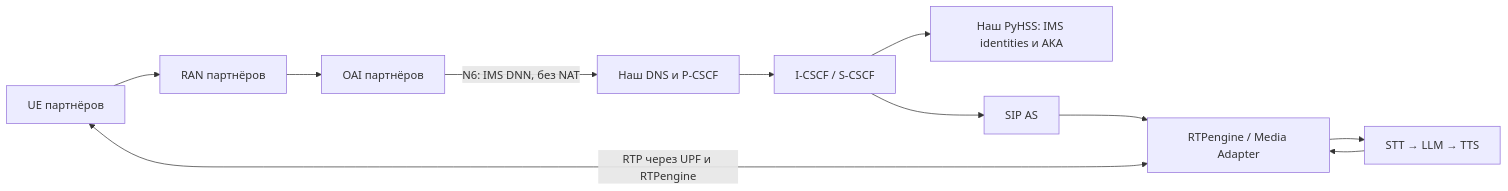
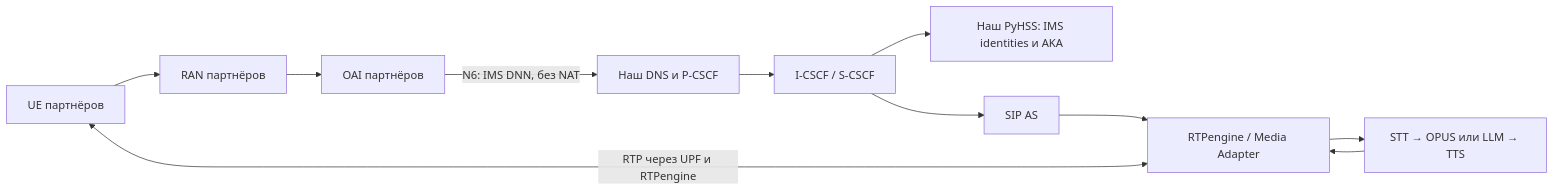
The diagram in docs/partner-integration.md (meonisk/5g-lab), drawn with Mermaid before and after one commit. The commit also changed other lines of this file and 35 other files, not shown here.

````diff
--- a/docs/partner-integration.md
+++ b/docs/partner-integration.md
@@ -18,13 +21,13 @@
 ```mermaid
 flowchart LR
   UE[UE партнёров] --> RAN[RAN партнёров]
   RAN --> CORE[OAI партнёров]
   CORE -->|N6: IMS DNN, без NAT| IMS[Наш DNS и P-CSCF]
   IMS --> CSCF[I-CSCF / S-CSCF]
   CSCF --> HSS[Наш PyHSS: IMS identities и AKA]
   CSCF --> AS[SIP AS]
   UE <-->|RTP через UPF и RTPengine| MEDIA[RTPengine / Media Adapter]
   AS --> MEDIA
-  MEDIA --> AI[STT → LLM → TTS]
+  MEDIA --> AI[STT → OPUS или LLM → TTS]
   AI --> MEDIA
 ```
````
